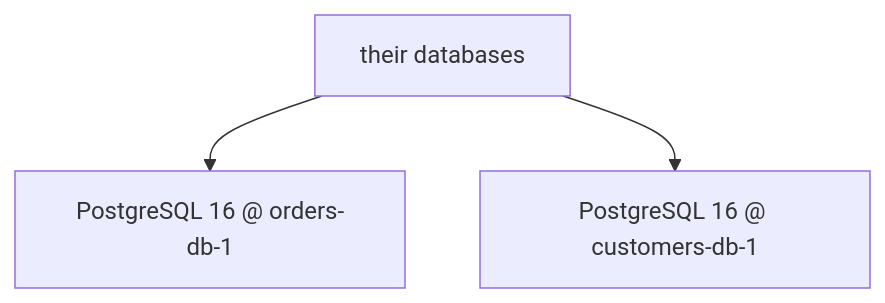
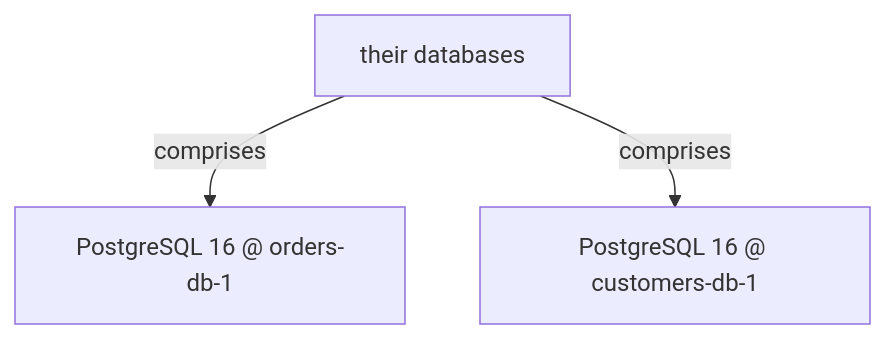
One commit to vinayakuber/microservices-io-study-guide changed the seventh of 13 diagrams in docs/ch21-api-composition.md. Above: the diagram before and after it, drawn with Mermaid. The commit also changed other lines of this file and 71 other files, not shown here.

First line of the commit message:
R18: label every diagram arrow with its meaning

````diff
--- a/docs/ch21-api-composition.md
+++ b/docs/ch21-api-composition.md
@@ -233,6 +233,6 @@
 ```mermaid
 flowchart TD
   R["their databases"]
-  R --> P0["PostgreSQL 16 @ orders-db-1"]
-  R --> P1["PostgreSQL 16 @ customers-db-1"]
+  R -->|"comprises"| P0["PostgreSQL 16 @ orders-db-1"]
+  R -->|"comprises"| P1["PostgreSQL 16 @ customers-db-1"]
 ```
````
